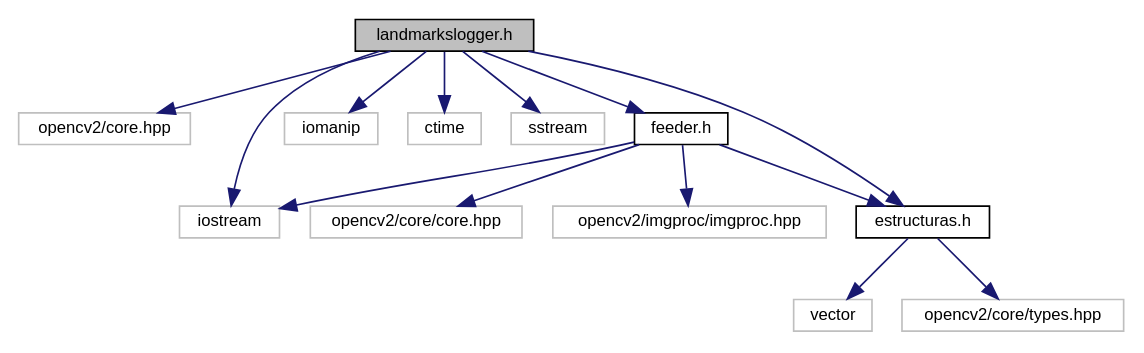
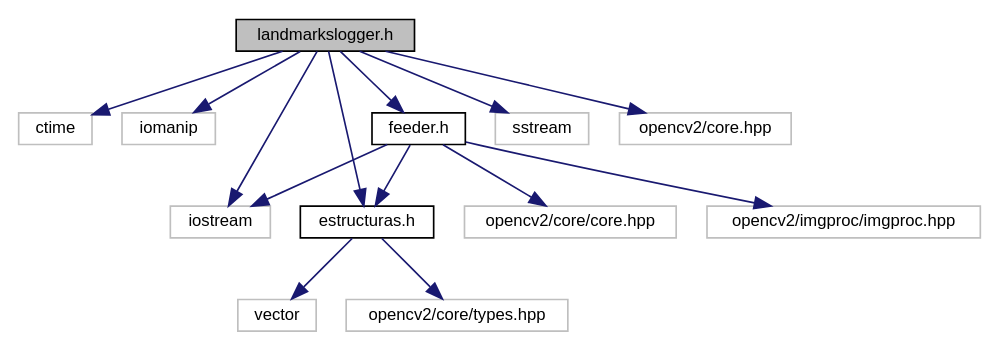
The diagram in landmarkslogger_8h__incl.dot (agustinavila/ProyectoVision), drawn with Graphviz before and after one commit. The commit also changed 191 other files, not shown here.

```diff
--- a/landmarkslogger_8h__incl.dot
+++ b/landmarkslogger_8h__incl.dot
@@ -1,31 +1,31 @@
 digraph "landmarkslogger.h"
 {
  // LATEX_PDF_SIZE
   edge [fontname="Helvetica",fontsize="10",labelfontname="Helvetica",labelfontsize="10"];
   node [fontname="Helvetica",fontsize="10",shape=record];
   Node1 [label="landmarkslogger.h",height=0.2,width=0.4,color="black", fillcolor="grey75", style="filled", fontcolor="black",tooltip="Archivo de cabecera de la clase LandmarksLogger."];
   Node1 -> Node2 [color="midnightblue",fontsize="10",style="solid",fontname="Helvetica"];
-  Node2 [label="opencv2/core.hpp",height=0.2,width=0.4,color="grey75", fillcolor="white", style="filled",tooltip=" "];
+  Node2 [label="ctime",height=0.2,width=0.4,color="grey75", fillcolor="white", style="filled",tooltip=" "];
   Node1 -> Node3 [color="midnightblue",fontsize="10",style="solid",fontname="Helvetica"];
-  Node3 [label="iostream",height=0.2,width=0.4,color="grey75", fillcolor="white", style="filled",tooltip=" "];
+  Node3 [label="iomanip",height=0.2,width=0.4,color="grey75", fillcolor="white", style="filled",tooltip=" "];
   Node1 -> Node4 [color="midnightblue",fontsize="10",style="solid",fontname="Helvetica"];
-  Node4 [label="iomanip",height=0.2,width=0.4,color="grey75", fillcolor="white", style="filled",tooltip=" "];
+  Node4 [label="iostream",height=0.2,width=0.4,color="grey75", fillcolor="white", style="filled",tooltip=" "];
   Node1 -> Node5 [color="midnightblue",fontsize="10",style="solid",fontname="Helvetica"];
-  Node5 [label="ctime",height=0.2,width=0.4,color="grey75", fillcolor="white", style="filled",tooltip=" "];
+  Node5 [label="sstream",height=0.2,width=0.4,color="grey75", fillcolor="white", style="filled",tooltip=" "];
   Node1 -> Node6 [color="midnightblue",fontsize="10",style="solid",fontname="Helvetica"];
-  Node6 [label="sstream",height=0.2,width=0.4,color="grey75", fillcolor="white", style="filled",tooltip=" "];
-  Node1 -> Node7 [color="midnightblue",fontsize="10",style="solid",fontname="Helvetica"];
-  Node7 [label="feeder.h",height=0.2,width=0.4,color="black", fillcolor="white", style="filled",URL="$feeder_8h.html",tooltip="Archivo de cabecera de la clase abstracta Feeder."];
-  Node7 -> Node3 [color="midnightblue",fontsize="10",style="solid",fontname="Helvetica"];
-  Node7 -> Node8 [color="midnightblue",fontsize="10",style="solid",fontname="Helvetica"];
-  Node8 [label="opencv2/core/core.hpp",height=0.2,width=0.4,color="grey75", fillcolor="white", style="filled",tooltip=" "];
-  Node7 -> Node9 [color="midnightblue",fontsize="10",style="solid",fontname="Helvetica"];
-  Node9 [label="opencv2/imgproc/imgproc.hpp",height=0.2,width=0.4,color="grey75", fillcolor="white", style="filled",tooltip=" "];
-  Node7 -> Node10 [color="midnightblue",fontsize="10",style="solid",fontname="Helvetica"];
-  Node10 [label="estructuras.h",height=0.2,width=0.4,color="black", fillcolor="white", style="filled",URL="$estructuras_8h.html",tooltip="Descripcion de distintas estructuras de datos usadas por la clase."];
-  Node10 -> Node11 [color="midnightblue",fontsize="10",style="solid",fontname="Helvetica"];
-  Node11 [label="vector",height=0.2,width=0.4,color="grey75", fillcolor="white", style="filled",tooltip=" "];
-  Node10 -> Node12 [color="midnightblue",fontsize="10",style="solid",fontname="Helvetica"];
-  Node12 [label="opencv2/core/types.hpp",height=0.2,width=0.4,color="grey75", fillcolor="white", style="filled",tooltip=" "];
-  Node1 -> Node10 [color="midnightblue",fontsize="10",style="solid",fontname="Helvetica"];
+  Node6 [label="estructuras.h",height=0.2,width=0.4,color="black", fillcolor="white", style="filled",URL="$estructuras_8h.html",tooltip="Descripcion de distintas estructuras de datos usadas por la clase."];
+  Node6 -> Node7 [color="midnightblue",fontsize="10",style="solid",fontname="Helvetica"];
+  Node7 [label="vector",height=0.2,width=0.4,color="grey75", fillcolor="white", style="filled",tooltip=" "];
+  Node6 -> Node8 [color="midnightblue",fontsize="10",style="solid",fontname="Helvetica"];
+  Node8 [label="opencv2/core/types.hpp",height=0.2,width=0.4,color="grey75", fillcolor="white", style="filled",tooltip=" "];
+  Node1 -> Node9 [color="midnightblue",fontsize="10",style="solid",fontname="Helvetica"];
+  Node9 [label="feeder.h",height=0.2,width=0.4,color="black", fillcolor="white", style="filled",URL="$feeder_8h.html",tooltip="Archivo de cabecera de la clase abstracta Feeder."];
+  Node9 -> Node4 [color="midnightblue",fontsize="10",style="solid",fontname="Helvetica"];
+  Node9 -> Node6 [color="midnightblue",fontsize="10",style="solid",fontname="Helvetica"];
+  Node9 -> Node10 [color="midnightblue",fontsize="10",style="solid",fontname="Helvetica"];
+  Node10 [label="opencv2/core/core.hpp",height=0.2,width=0.4,color="grey75", fillcolor="white", style="filled",tooltip=" "];
+  Node9 -> Node11 [color="midnightblue",fontsize="10",style="solid",fontname="Helvetica"];
+  Node11 [label="opencv2/imgproc/imgproc.hpp",height=0.2,width=0.4,color="grey75", fillcolor="white", style="filled",tooltip=" "];
+  Node1 -> Node12 [color="midnightblue",fontsize="10",style="solid",fontname="Helvetica"];
+  Node12 [label="opencv2/core.hpp",height=0.2,width=0.4,color="grey75", fillcolor="white", style="filled",tooltip=" "];
 }
```
